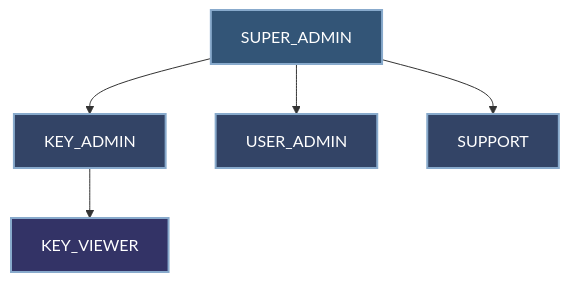
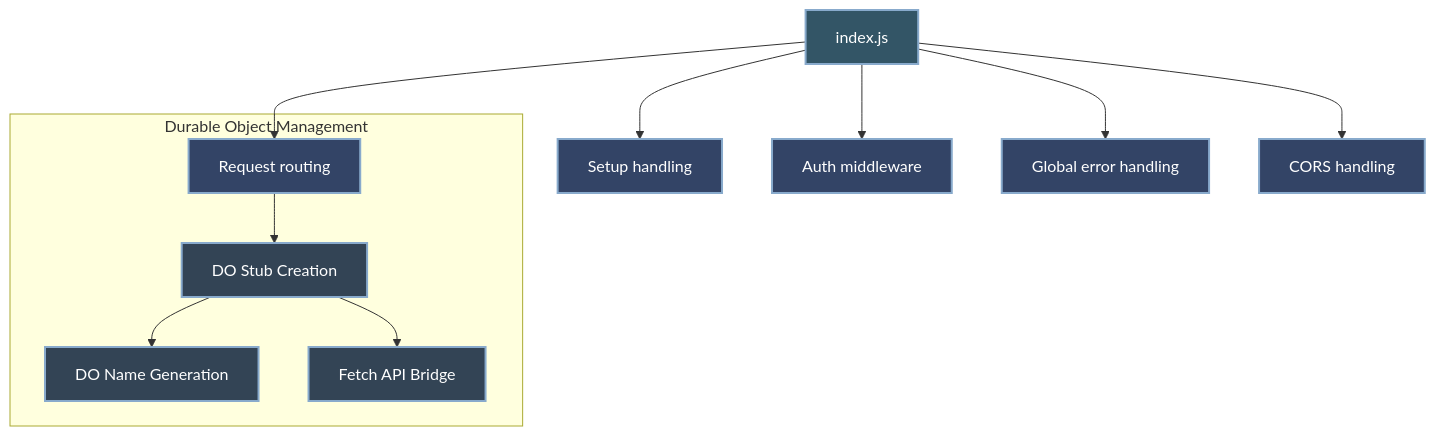
Before and after one commit to erfianugrah/api-gateway-workers: the fifth of 24 diagrams in docs/ARCHITECTURE.md, drawn with Mermaid. The commit also changed other lines of this file and 69 other files, not shown here.

````diff
--- a/docs/ARCHITECTURE.md
+++ b/docs/ARCHITECTURE.md
@@ -202,13 +209,24 @@
 ```mermaid
 flowchart TB
-    A[SUPER_ADMIN] --> B[KEY_ADMIN]
-    A --> C[USER_ADMIN]
-    A --> D[SUPPORT]
-    B --> E[KEY_VIEWER]
+    Entry[index.js] --> Setup[Setup handling]
+    Entry --> Routing[Request routing]
+    Entry --> Auth[Auth middleware]
+    Entry --> Error[Global error handling]
+    Entry --> CORS[CORS handling]
     
-    style A fill:#335577,stroke:#88aacc,stroke-width:2px,color:#ffffff
-    style B fill:#334466,stroke:#88aacc,stroke-width:2px,color:#ffffff
-    style C fill:#334466,stroke:#88aacc,stroke-width:2px,color:#ffffff
-    style D fill:#334466,stroke:#88aacc,stroke-width:2px,color:#ffffff
-    style E fill:#333366,stroke:#88aacc,stroke-width:2px,color:#ffffff
+    subgraph "Durable Object Management"
+        Routing --> Stub[DO Stub Creation]
+        Stub --> Name[DO Name Generation]
+        Stub --> FetchAPI[Fetch API Bridge]
+    end
+    
+    style Entry fill:#335566,stroke:#88aacc,stroke-width:2px,color:#ffffff
+    style Setup fill:#334466,stroke:#88aacc,stroke-width:2px,color:#ffffff
+    style Routing fill:#334466,stroke:#88aacc,stroke-width:2px,color:#ffffff
+    style Auth fill:#334466,stroke:#88aacc,stroke-width:2px,color:#ffffff
+    style Error fill:#334466,stroke:#88aacc,stroke-width:2px,color:#ffffff
+    style CORS fill:#334466,stroke:#88aacc,stroke-width:2px,color:#ffffff
+    style Stub fill:#334455,stroke:#88aacc,stroke-width:2px,color:#ffffff
+    style Name fill:#334455,stroke:#88aacc,stroke-width:2px,color:#ffffff
+    style FetchAPI fill:#334455,stroke:#88aacc,stroke-width:2px,color:#ffffff
 ```
````
